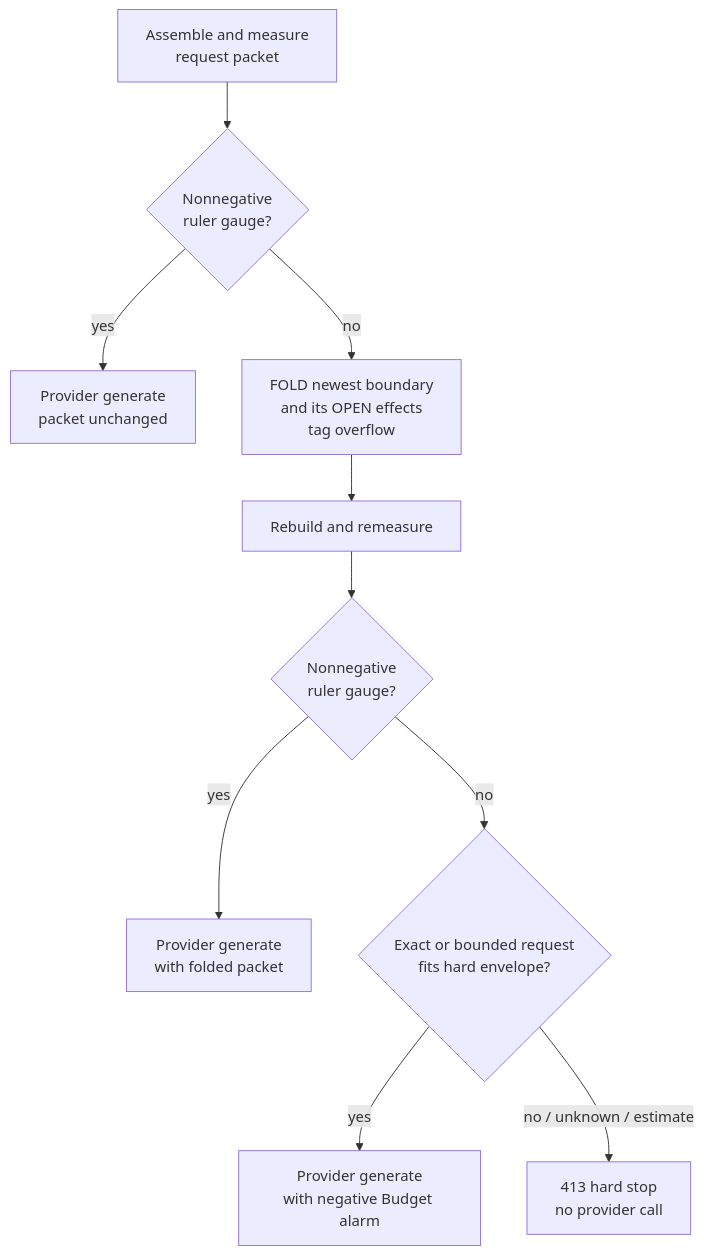
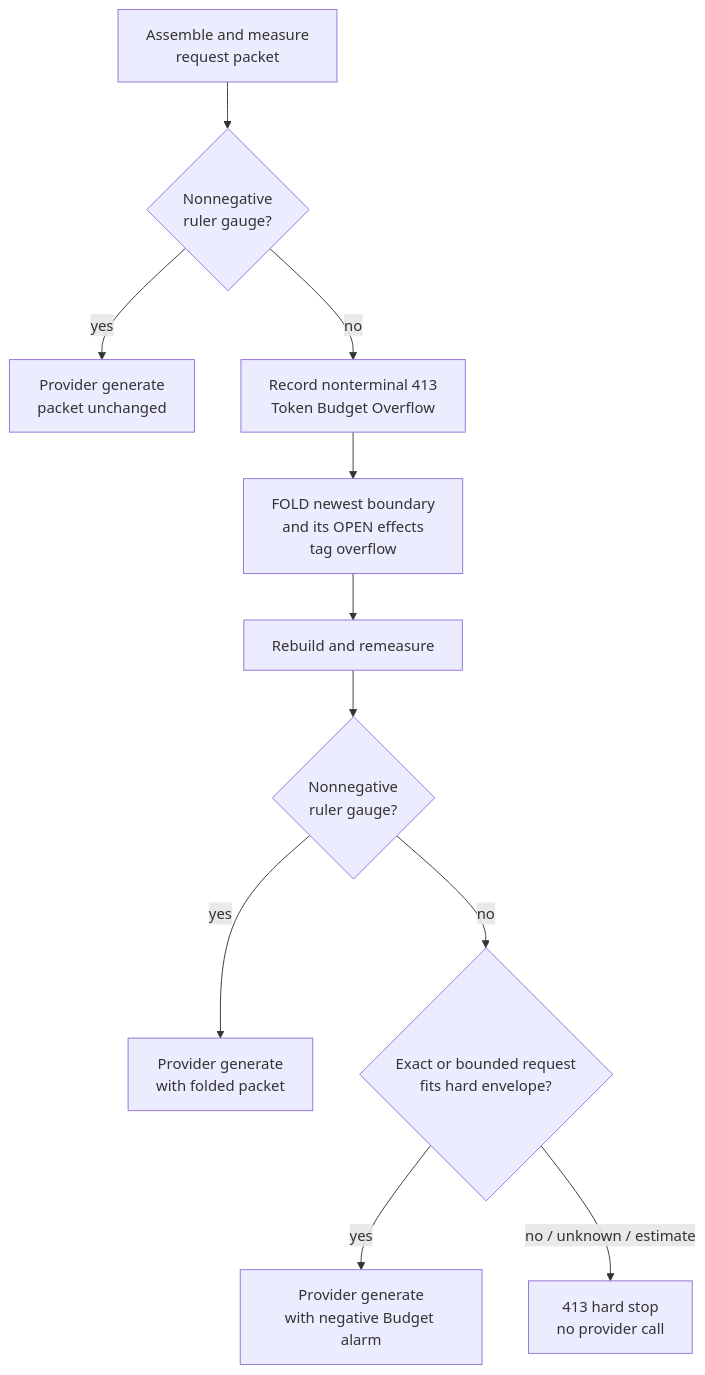
Diagram 16 of 18 in plurnk-core/SPEC.md (plurnk/plurnk-service), drawn with Mermaid before and after one commit. The commit also changed other lines of this file and 5 other files, not shown here.

Commit message:
fix(core): surface token budget overflow as 413 (#235)

````diff
--- a/plurnk-core/SPEC.md
+++ b/plurnk-core/SPEC.md
@@ -2491,12 +2491,13 @@
 ```mermaid
 flowchart TD
     assemble["Assemble and measure<br/>request packet"] --> policy{"Nonnegative<br/>ruler gauge?"}
     policy -->|yes| unchanged["Provider generate<br/>packet unchanged"]
-    policy -->|no| fold["FOLD newest boundary<br/>and its OPEN effects<br/>tag overflow"]
+    policy -->|no| problem["Record nonterminal 413<br/>Token Budget Overflow"]
+    problem --> fold["FOLD newest boundary<br/>and its OPEN effects<br/>tag overflow"]
     fold --> rebuild["Rebuild and remeasure"]
     rebuild --> folded{"Nonnegative<br/>ruler gauge?"}
     folded -->|yes| recovered["Provider generate<br/>with folded packet"]
     folded -->|no| admission{"Exact or bounded request<br/>fits hard envelope?"}
     admission -->|yes| pressured["Provider generate<br/>with negative Budget alarm"]
     admission -->|no / unknown / estimate| stop["413 hard stop<br/>no provider call"]
 ```
````
